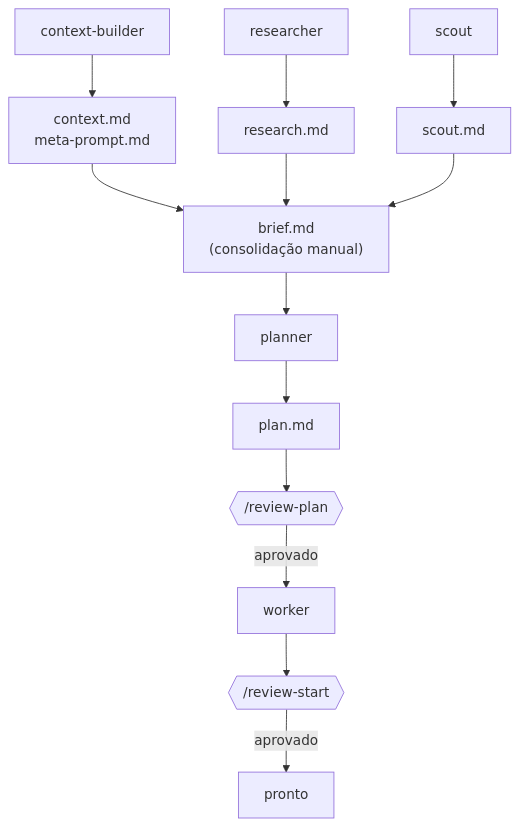
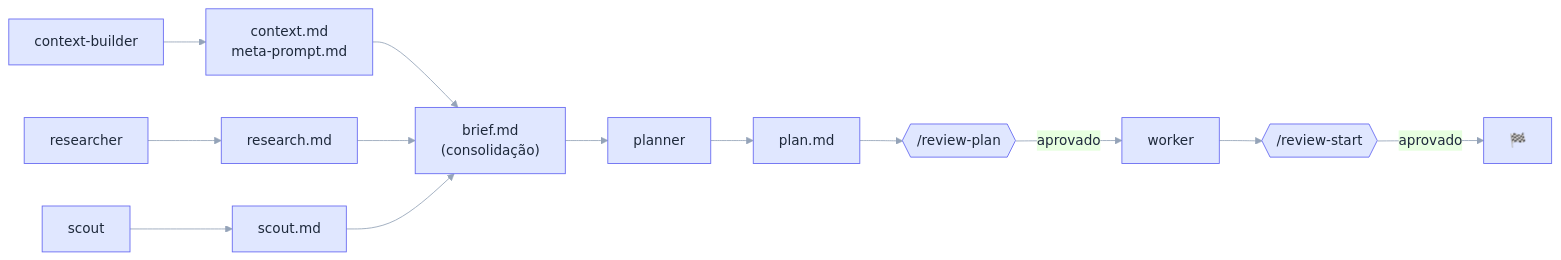
Before and after one commit to docg1701/pi-dev-config: the diagram in PI_DEV_CHEATSHEET.md, drawn with Mermaid. The commit also changed other lines of this file, not shown here.

Commit message:
Mermaid com theme base + LR; backup sem theme em comentário HTML

````diff
--- a/PI_DEV_CHEATSHEET.md
+++ b/PI_DEV_CHEATSHEET.md
@@ -35,19 +35,20 @@
 ```mermaid
-flowchart TD
-    CB["context-builder"] --> CTX["context.md<br>meta-prompt.md"]
+%%{init: {'theme': 'base', 'themeVariables': {'primaryColor': '#e0e7ff','primaryTextColor': '#1e293b','primaryBorderColor': '#6366f1','lineColor': '#94a3b8','tertiaryColor': '#f1f5f9'}}}%%
+flowchart LR
+    CB["context-builder"] --> CTX["context.md<br/>meta-prompt.md"]
     RS["researcher"] --> RES["research.md"]
     SC["scout"] --> SCT["scout.md"]
 
-    CTX --> BRIEF["brief.md<br>(consolidação manual)"]
+    CTX --> BRIEF["brief.md<br/>(consolidação)"]
     RES --> BRIEF
     SCT --> BRIEF
 
     BRIEF --> PL["planner"]
     PL --> PLAN["plan.md"]
 
     PLAN --> RPL{{"/review-plan"}}
     RPL -- "aprovado" --> WK["worker"]
 
     WK --> RST{{"/review-start"}}
-    RST -- "aprovado" --> FIM["pronto"]
+    RST -- "aprovado" --> FIM["🏁"]
 ```
````
